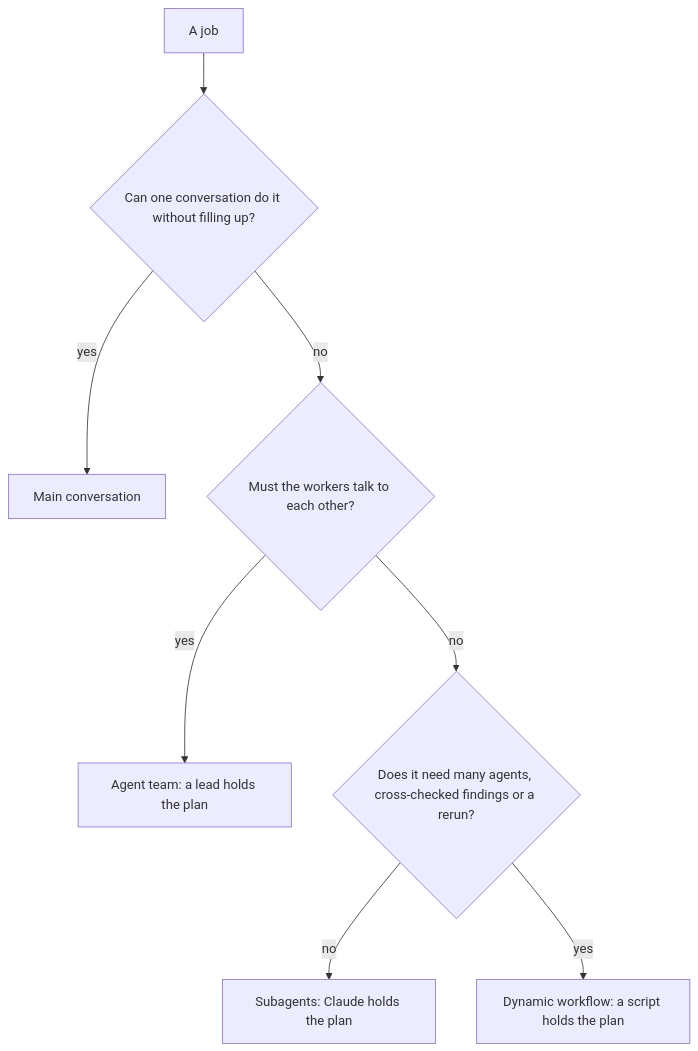
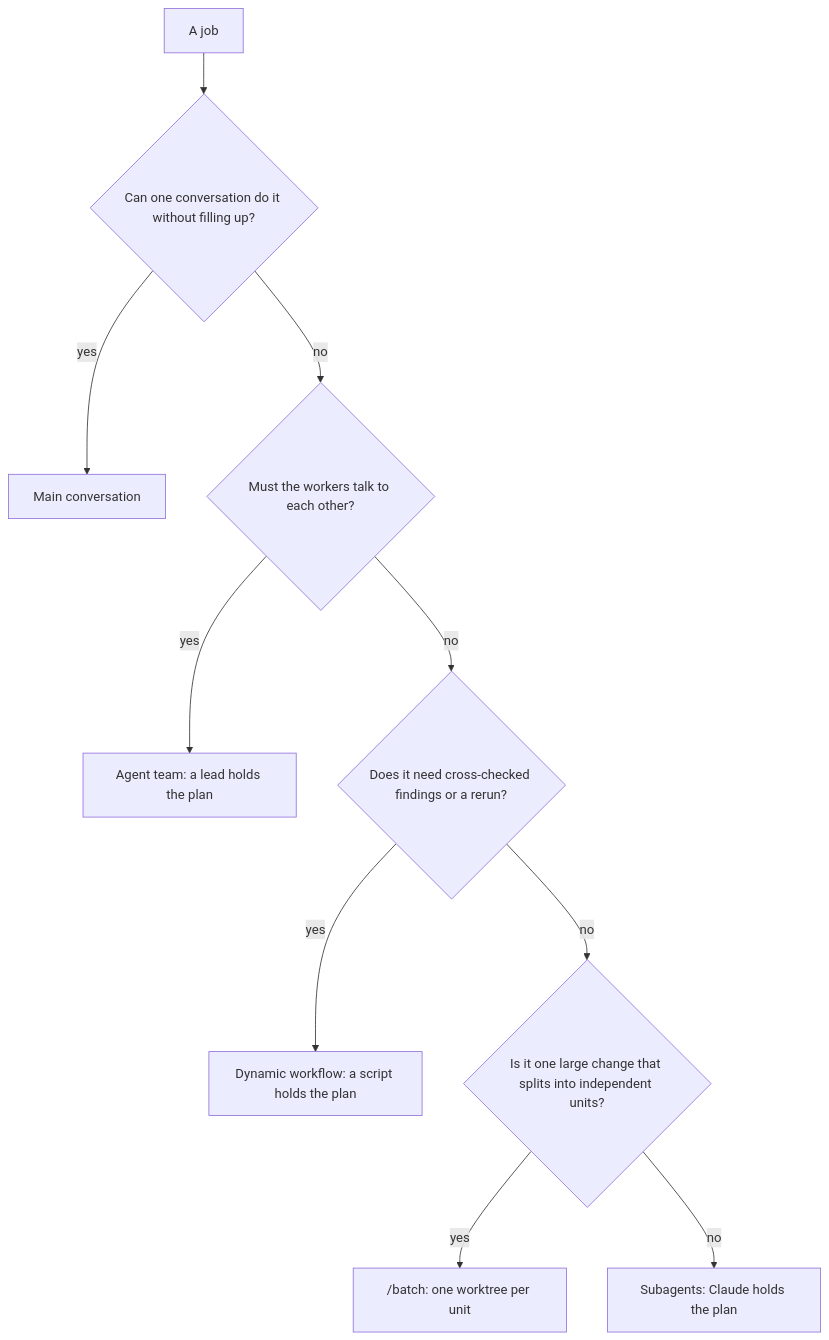
Before and after one commit to wesammustafa/Claude-Code-Everything-You-Need-to-Know: the diagram in docs/advanced/02-orchestration-patterns.md, drawn with Mermaid. The commit also changed other lines of this file and 41 other files, not shown here.

````diff
--- a/docs/advanced/02-orchestration-patterns.md
+++ b/docs/advanced/02-orchestration-patterns.md
@@ -23,12 +23,14 @@
 ```mermaid
 flowchart TD
   accTitle: Who holds the plan
-  accDescr: A path for choosing how to split a job. If one conversation can do it without filling up, keep it in the main conversation. Otherwise, if the workers must talk to each other, a lead holds the plan in an agent team, which is experimental. If they need not talk and the job is a few tasks done once, Claude holds the plan and subagents return summaries. If it needs many agents, cross-checked findings or a rerun, a script holds the plan in a dynamic workflow.
+  accDescr: A path for choosing how to split a job. If one conversation can do it without filling up, keep it in the main conversation. Otherwise, if the workers must talk to each other, a lead holds the plan in an agent team, which is experimental. If they need not talk and the job needs cross-checked findings or a rerun, a script holds the plan in a dynamic workflow. If it is one large change that splits into independent units, /batch runs one subagent per unit in its own worktree. Otherwise Claude holds the plan and subagents return summaries.
   A["A job"] --> B{"Can one conversation do it without filling up?"}
   B -- yes --> M["Main conversation"]
   B -- no --> C{"Must the workers talk to each other?"}
   C -- yes --> T["Agent team: a lead holds the plan"]
-  C -- no --> D{"Does it need many agents, cross-checked findings or a rerun?"}
-  D -- no --> S["Subagents: Claude holds the plan"]
+  C -- no --> D{"Does it need cross-checked findings or a rerun?"}
   D -- yes --> W["Dynamic workflow: a script holds the plan"]
+  D -- no --> E{"Is it one large change that splits into independent units?"}
+  E -- yes --> X["/batch: one worktree per unit"]
+  E -- no --> S["Subagents: Claude holds the plan"]
 ```
````
